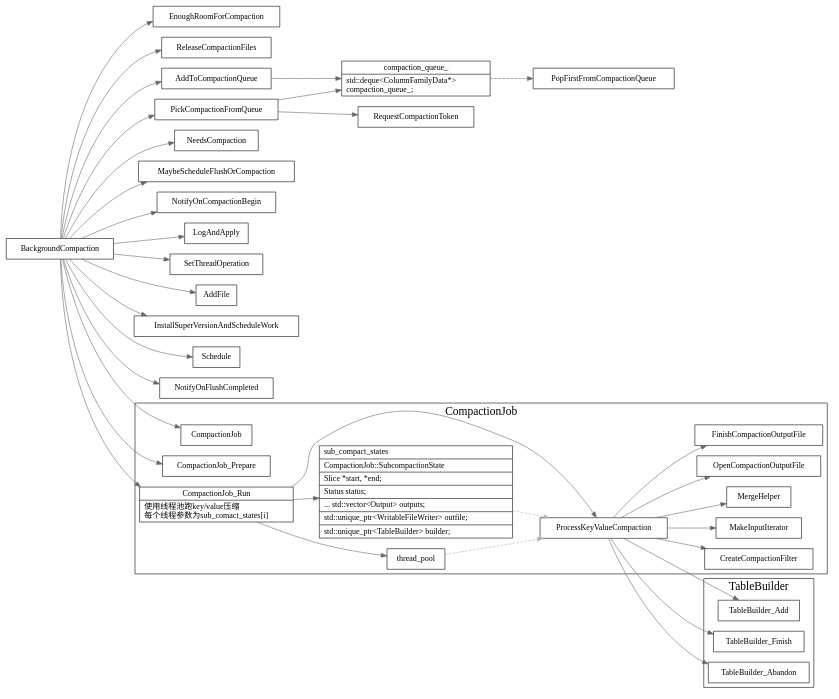
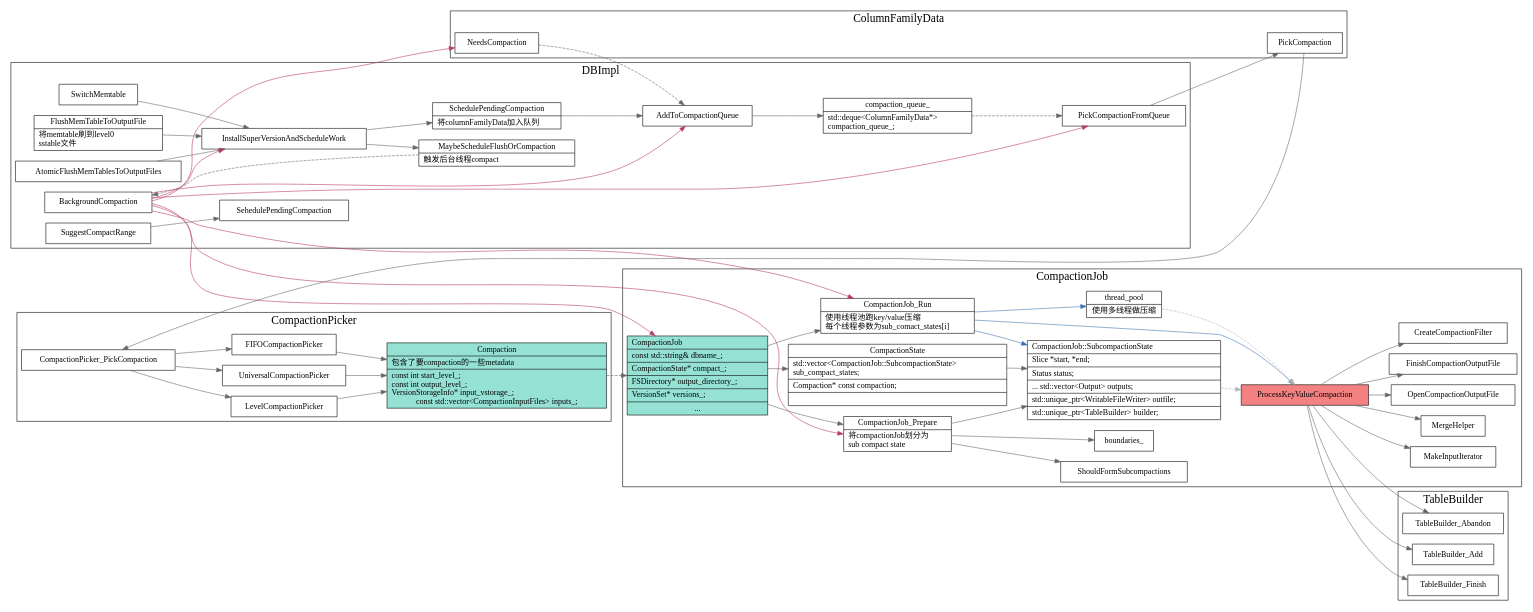
The diagram in src/rocksdb/background-compaction.dot (xieyu/blog), drawn with Graphviz before and after one commit. The commit also changed 6 other files, not shown here.

Commit message:
add flush data flow overview graph

```diff
--- a/src/rocksdb/background-compaction.dot
+++ b/src/rocksdb/background-compaction.dot
@@ -3,52 +3,38 @@
   edge[color=gray40];
   newrank=true;
   rankdir=LR;
-  /*
-  MaybeScheduleFlushOrCompaction -> Schedule;
-  Schedule -> {
-    BGWorkBottomCompaction;
-    BGWorkFlush;
-    BGWorkCompaction;
-  }[style=dashed;color=gray40];
-  BGWorkCompaction -> BackgroundCallCompaction -> BackgroundCompaction;
-  BGWorkBottomCompaction -> BackgroundCallCompaction;
-  BGWorkFlush -> BackgroundCallFlush; 
-  */
+  subgraph cluster_CompactionPicker {
+    graph[label="CompactionPicker";fontsize=20;];
+    CompactionPicker_PickCompaction -> {
+      FIFOCompactionPicker;
+      LevelCompactionPicker;
+      UniversalCompactionPicker;
+    } -> Compaction;
+    Compaction[shape="record";
+      fillcolor="#95e1d3"
+      style=filled;
+      label="{{
+        Compaction|
+        包含了要compaction的一些metadata\l|
+        const int start_level_;\l
+        const int output_level_;\l
+        VersionStorageInfo* input_vstorage_;\l
+        const std::vector\<CompactionInputFiles\> inputs_;
+      }}";
+    ];
+    {
+      rank=same;
+      FIFOCompactionPicker;
+      LevelCompactionPicker;
+      UniversalCompactionPicker;
+    }
+  }
 
-  BackgroundCompaction -> {
-    EnoughRoomForCompaction;
-    ReleaseCompactionFiles;
-    PickCompactionFromQueue;
-    AddToCompactionQueue;
+  subgraph cluster_ColumnFamilyData {
+    graph[label="ColumnFamilyData";fontsize=20;];
+    PickCompaction -> CompactionPicker_PickCompaction;
     NeedsCompaction;
-    MaybeScheduleFlushOrCompaction;
-    NotifyOnCompactionBegin;
-    LogAndApply;
-    SetThreadOperation;
-    AddFile;
-    InstallSuperVersionAndScheduleWork;
-    Schedule;
-    NotifyOnFlushCompleted;
-    CompactionJob;
-    CompactionJob_Prepare;
-    CompactionJob_Run;
   }
-  PickCompactionFromQueue -> {
-    compaction_queue_;
-    RequestCompactionToken;
-  }
-  AddToCompactionQueue -> {
-    compaction_queue_;
-  }
-  compaction_queue_[shape="record";
-    label="{{
-      compaction_queue_|
-        std::deque\<ColumnFamilyData*\>\l 
-        compaction_queue_;\l
-    }}";
-  ];
-  compaction_queue_ -> PopFirstFromCompactionQueue[style=dashed;color=gray40];
-  //BackgroundCallFlush -> BackgroundFlush -> PopFirstFromCompactionQueue;
 
   subgraph cluster_TableBuilder {
     graph[label="TableBuilder";fontsize=20;];
@@ -60,8 +46,48 @@
   subgraph cluster_CompactionJob {
     graph[label="CompactionJob";fontsize=20;];
     //compaction job
-    CompactionJob_Prepare;
-    CompactionJob;
+    CompactionJob[
+      shape="record";
+      fillcolor="#95e1d3"
+      style=filled;
+      label="{{
+        CompactionJob\l|
+          const std::string& dbname_;\l|
+          <CompactionState> CompactionState* compact_;\l|
+          FSDirectory* output_directory_;\l|
+          VersionSet* versions_;\l|
+          ...
+      }}"
+    ];
+    CompactionJob:CompactionState -> CompactionState;
+    CompactionState[
+      shape="record"
+      label="{{
+        CompactionState|
+          <SubcompactionState> std::vector\<CompactionJob::SubcompactionState\>\l sub_compact_states;\l|
+          Compaction* const compaction;\l|
+      }}"
+    ];
+    CompactionState:SubcompactionState -> sub_compact_states;
+    Compaction -> CompactionJob[style=dashed];
+    CompactionJob -> {
+      CompactionJob_Prepare;
+      CompactionJob_Run;
+    }
+    CompactionJob_Prepare[
+      shape="record"
+      label="{{
+        CompactionJob_Prepare|
+        将compactionJob划分为\l 
+        sub compact state\l
+      }}"
+    ];
+    CompactionJob_Prepare -> {
+      sub_compact_states;
+      ShouldFormSubcompactions;
+      boundaries_;
+    }
+
     CompactionJob_Run[shape="record";
       label="{{
         CompactionJob_Run|
@@ -69,14 +95,21 @@
         每个线程参数为sub_comact_states[i]\l
       }}";
     ];
+    thread_pool[
+      shape="record"
+      label="{{
+        thread_pool|
+        使用多线程做压缩
+      }}"
+    ];
     CompactionJob_Run -> {
       thread_pool;
       sub_compact_states;
       ProcessKeyValueCompaction;
-    }
+    }[color="#3f72af"]
+
     sub_compact_states[shape="record";
       label="{{
-        sub_compact_states\l|
         CompactionJob::SubcompactionState\l|
         Slice *start, *end;\l|
         Status status;\l|
@@ -88,7 +121,13 @@
     ];
     sub_compact_states -> ProcessKeyValueCompaction[style=dashed;color=gray70];
     thread_pool -> ProcessKeyValueCompaction[style=dashed;color=gray70];
-
+    ProcessKeyValueCompaction[shape="record";
+      fillcolor="#f38181";
+      style=filled;
+      label="{{
+        ProcessKeyValueCompaction
+      }}";
+    ];
     ProcessKeyValueCompaction -> {
       CreateCompactionFilter;
       MakeInputIterator;
@@ -100,4 +139,76 @@
       TableBuilder_Abandon;
     }
   }
+
+  subgraph cluster_DBImpl {
+    graph[label="DBImpl";fontsize=20;];
+    SchedulePendingCompaction[
+      shape="record"
+      label="{{
+        SchedulePendingCompaction|
+        将columnFamilyData加入队列\l
+      }}"
+    ];
+    MaybeScheduleFlushOrCompaction[
+      shape="record"
+      label="{{
+        MaybeScheduleFlushOrCompaction|
+        触发后台线程compact\l
+      }}"
+    ];
+    FlushMemTableToOutputFile[
+      shape="record"
+      label="{{
+        FlushMemTableToOutputFile|
+        将memtable刷到level0\l
+        sstable文件\l
+      }}"
+    ];
+    {
+      //CreateColumnFamilyImpl;
+      //CreateColumnFamilyWithImport;
+      //DeleteFile;
+      //DeleteFilesInRanges;
+      //IngestExternalFile;
+      AtomicFlushMemTablesToOutputFiles;
+      FlushMemTableToOutputFile;
+      //CompactFilesImpl;
+      SwitchMemtable;
+    }-> InstallSuperVersionAndScheduleWork;
+
+    InstallSuperVersionAndScheduleWork ->{
+      SchedulePendingCompaction;
+      MaybeScheduleFlushOrCompaction;
+    }
+    MaybeScheduleFlushOrCompaction -> BackgroundCompaction[style=dashed]
+
+    SuggestCompactRange -> SehedulePendingCompaction;
+    SchedulePendingCompaction -> AddToCompactionQueue;
+
+    BackgroundCompaction -> {
+      PickCompactionFromQueue;
+      AddToCompactionQueue;
+      NeedsCompaction;
+      CompactionJob;
+      CompactionJob_Prepare;
+      CompactionJob_Run;
+      InstallSuperVersionAndScheduleWork
+    }[color="#b83b5e"]
+
+    NeedsCompaction -> AddToCompactionQueue[style=dashed];
+    AddToCompactionQueue -> { compaction_queue_;}
+
+    compaction_queue_[shape="record";
+      label="{{
+        compaction_queue_|
+          std::deque\<ColumnFamilyData*\>\l 
+          compaction_queue_;\l
+      }}";
+    ];
+    //compaction_queue_ -> PopFirstFromCompactionQueue[style=dashed];
+    compaction_queue_ -> PickCompactionFromQueue[style=dashed];
+    //BackgroundCallFlush -> BackgroundFlush -> PopFirstFromCompactionQueue;
+    PickCompactionFromQueue -> PickCompaction;
+  }
+  {rank=same;BackgroundCompaction;CompactionPicker_PickCompaction;}
 }
```
